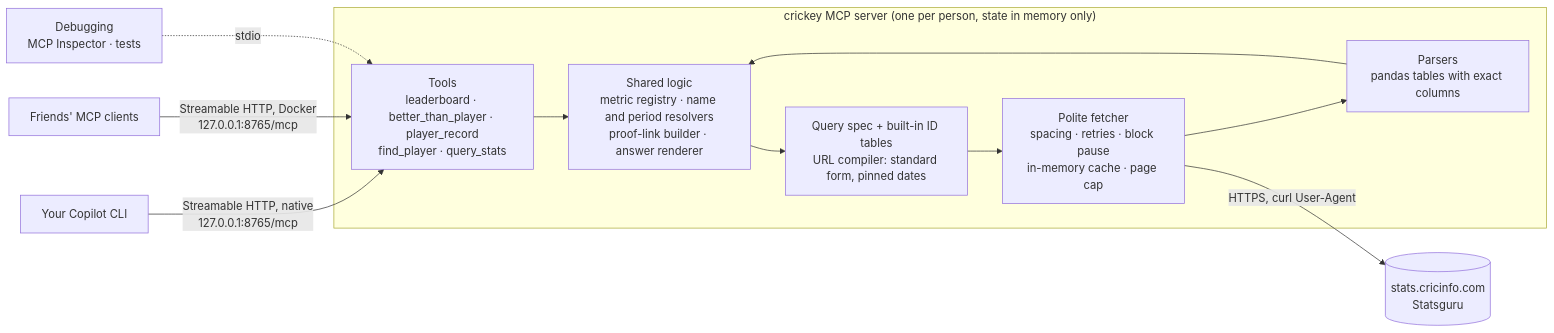
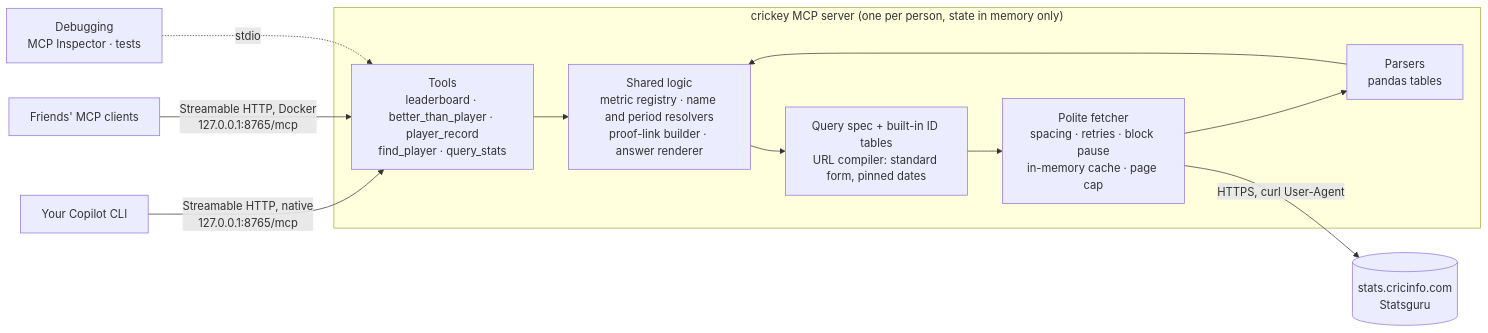
One commit to syedhassaanahmed/crickey changed the diagram in docs/plan.md. Above: the diagram before and after it, drawn with Mermaid. The commit also changed other lines of this file and 5 other files, not shown here.

````diff
--- a/docs/plan.md
+++ b/docs/plan.md
@@ -24,23 +24,23 @@
 ```mermaid
 flowchart LR
     you["Your Copilot CLI"]
     friends["Friends' MCP clients"]
     debug["Debugging<br/>MCP Inspector · tests"]
 
     subgraph server["crickey MCP server (one per person, state in memory only)"]
         tools["Tools<br/>leaderboard · better_than_player · player_record<br/>find_player · query_stats"]
         logic["Shared logic<br/>metric registry · name and period resolvers<br/>proof-link builder · answer renderer"]
         query["Query spec + built-in ID tables<br/>URL compiler: standard form, pinned dates"]
         fetch["Polite fetcher<br/>spacing · retries · block pause<br/>in-memory cache · page cap"]
-        parse["Parsers<br/>pandas tables with exact columns"]
+        parse["Parsers<br/>pandas tables"]
         tools --> logic --> query --> fetch
         fetch --> parse --> logic
     end
 
     statsguru[("stats.cricinfo.com<br/>Statsguru")]
 
     you -->|"Streamable HTTP, native<br/>127.0.0.1:8765/mcp"| tools
     friends -->|"Streamable HTTP, Docker<br/>127.0.0.1:8765/mcp"| tools
     debug -.->|"stdio"| tools
     fetch -->|"HTTPS, curl User-Agent"| statsguru
 ```
````
